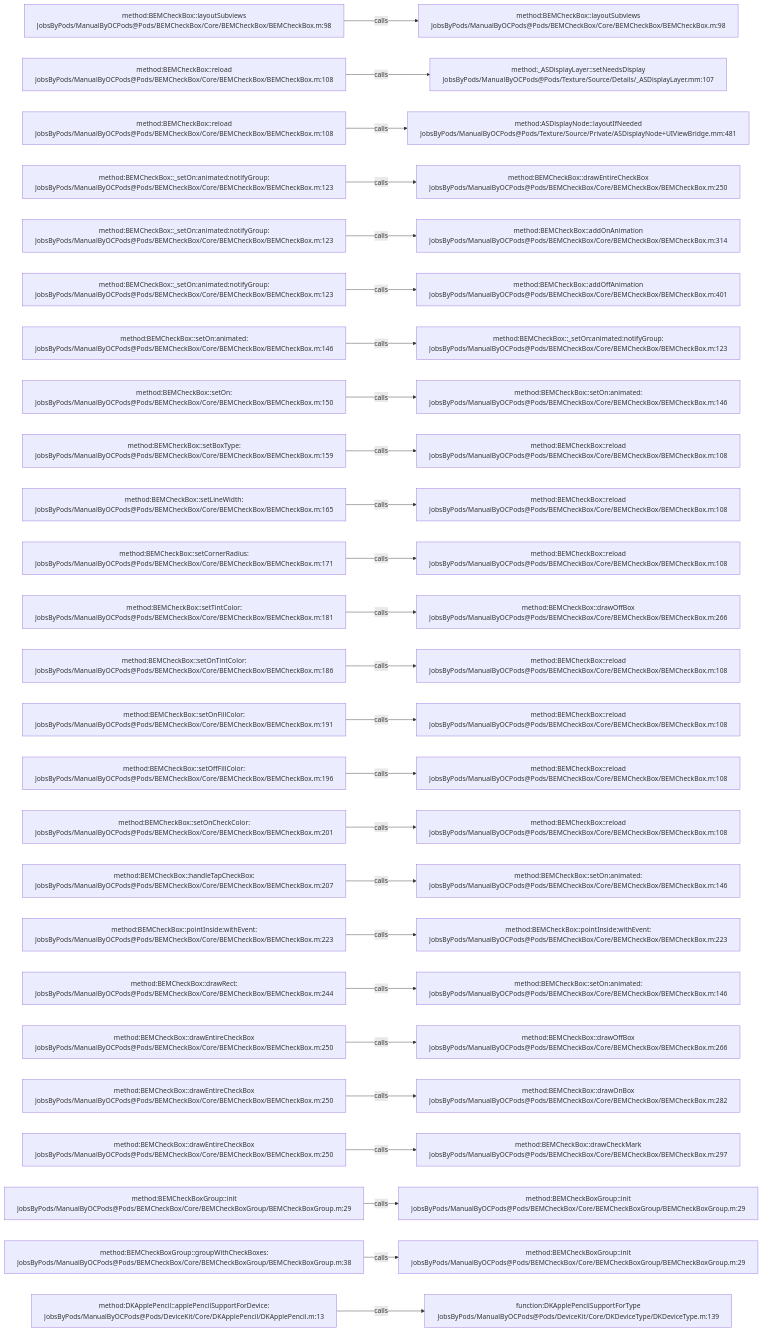
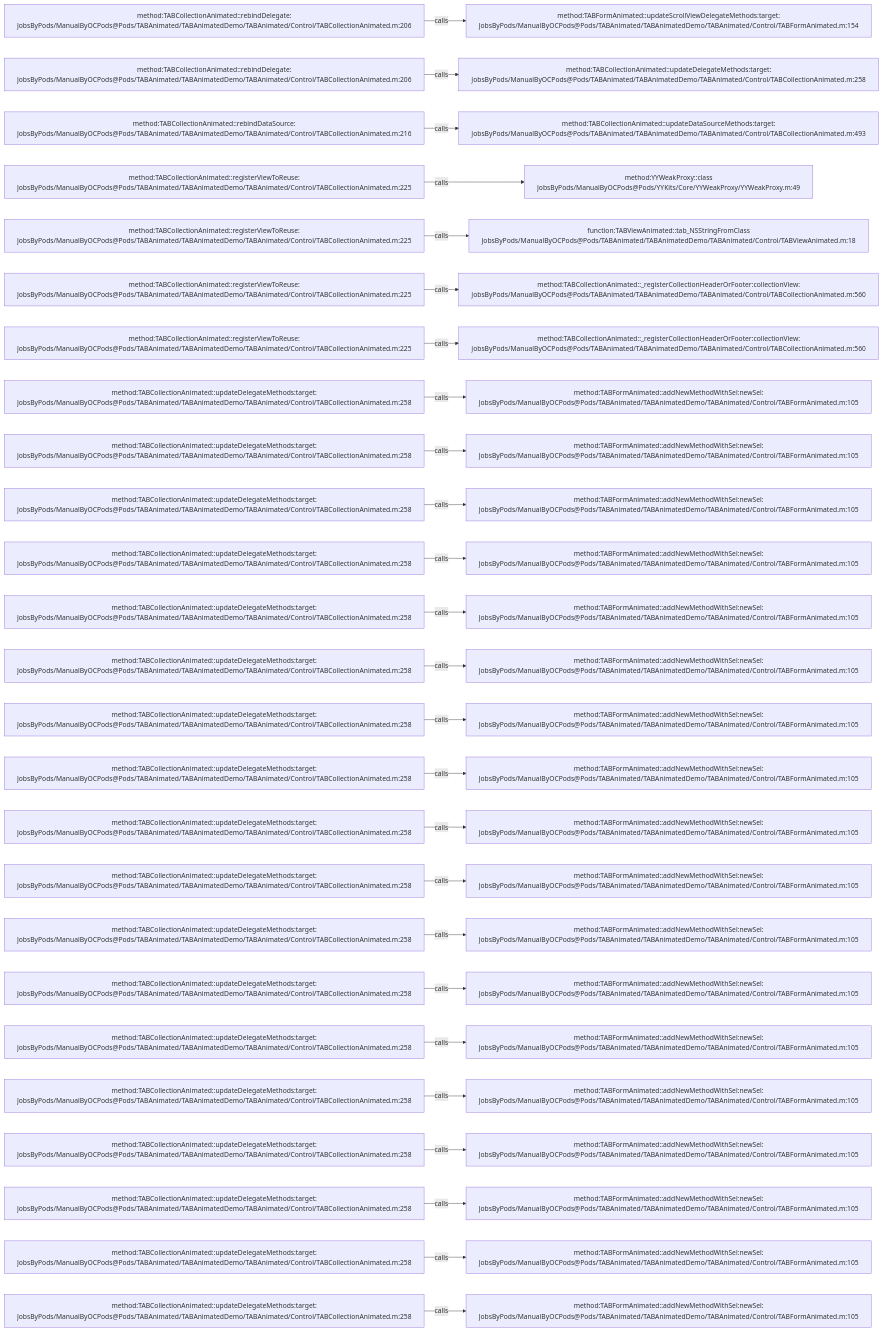
The diagram in .codegraph/codegraph.md/graphs/calls-014.md (JobsKits/JobsOCBaseConfigDemo), drawn with Mermaid before and after one commit. The commit also changed 1448 other files, not shown here.

````diff
--- a/.codegraph/codegraph.md/graphs/calls-014.md
+++ b/.codegraph/codegraph.md/graphs/calls-014.md
@@ -13,78 +13,78 @@
 ```mermaid
 flowchart LR
-  S1["method:BEMCheckBox::layoutSubviews<br/>JobsByPods/ManualByOCPods@Pods/BEMCheckBox/Core/BEMCheckBox/BEMCheckBox.m:98"]
-  T1["method:BEMCheckBox::layoutSubviews<br/>JobsByPods/ManualByOCPods@Pods/BEMCheckBox/Core/BEMCheckBox/BEMCheckBox.m:98"]
+  S1["method:TABCollectionAnimated::rebindDelegate:<br/>JobsByPods/ManualByOCPods@Pods/TABAnimated/TABAnimatedDemo/TABAnimated/Control/TABCollectionAnimated.m:206"]
+  T1["method:TABFormAnimated::updateScrollViewDelegateMethods:target:<br/>JobsByPods/ManualByOCPods@Pods/TABAnimated/TABAnimatedDemo/TABAnimated/Control/TABFormAnimated.m:154"]
   S1 -->|calls| T1
-  S2["method:BEMCheckBox::reload<br/>JobsByPods/ManualByOCPods@Pods/BEMCheckBox/Core/BEMCheckBox/BEMCheckBox.m:108"]
-  T2["method:_ASDisplayLayer::setNeedsDisplay<br/>JobsByPods/ManualByOCPods@Pods/Texture/Source/Details/_ASDisplayLayer.mm:107"]
+  S2["method:TABCollectionAnimated::rebindDelegate:<br/>JobsByPods/ManualByOCPods@Pods/TABAnimated/TABAnimatedDemo/TABAnimated/Control/TABCollectionAnimated.m:206"]
+  T2["method:TABCollectionAnimated::updateDelegateMethods:target:<br/>JobsByPods/ManualByOCPods@Pods/TABAnimated/TABAnimatedDemo/TABAnimated/Control/TABCollectionAnimated.m:258"]
   S2 -->|calls| T2
-  S3["method:BEMCheckBox::reload<br/>JobsByPods/ManualByOCPods@Pods/BEMCheckBox/Core/BEMCheckBox/BEMCheckBox.m:108"]
-  T3["method:ASDisplayNode::layoutIfNeeded<br/>JobsByPods/ManualByOCPods@Pods/Texture/Source/Private/ASDisplayNode+UIViewBridge.mm:481"]
+  S3["method:TABCollectionAnimated::rebindDataSource:<br/>JobsByPods/ManualByOCPods@Pods/TABAnimated/TABAnimatedDemo/TABAnimated/Control/TABCollectionAnimated.m:216"]
+  T3["method:TABCollectionAnimated::updateDataSourceMethods:target:<br/>JobsByPods/ManualByOCPods@Pods/TABAnimated/TABAnimatedDemo/TABAnimated/Control/TABCollectionAnimated.m:493"]
   S3 -->|calls| T3
-  S4["method:BEMCheckBox::_setOn:animated:notifyGroup:<br/>JobsByPods/ManualByOCPods@Pods/BEMCheckBox/Core/BEMCheckBox/BEMCheckBox.m:123"]
-  T4["method:BEMCheckBox::drawEntireCheckBox<br/>JobsByPods/ManualByOCPods@Pods/BEMCheckBox/Core/BEMCheckBox/BEMCheckBox.m:250"]
+  S4["method:TABCollectionAnimated::registerViewToReuse:<br/>JobsByPods/ManualByOCPods@Pods/TABAnimated/TABAnimatedDemo/TABAnimated/Control/TABCollectionAnimated.m:225"]
+  T4["method:YYWeakProxy::class<br/>JobsByPods/ManualByOCPods@Pods/YYKits/Core/YYWeakProxy/YYWeakProxy.m:49"]
   S4 -->|calls| T4
-  S5["method:BEMCheckBox::_setOn:animated:notifyGroup:<br/>JobsByPods/ManualByOCPods@Pods/BEMCheckBox/Core/BEMCheckBox/BEMCheckBox.m:123"]
-  T5["method:BEMCheckBox::addOnAnimation<br/>JobsByPods/ManualByOCPods@Pods/BEMCheckBox/Core/BEMCheckBox/BEMCheckBox.m:314"]
+  S5["method:TABCollectionAnimated::registerViewToReuse:<br/>JobsByPods/ManualByOCPods@Pods/TABAnimated/TABAnimatedDemo/TABAnimated/Control/TABCollectionAnimated.m:225"]
+  T5["function:TABViewAnimated::tab_NSStringFromClass<br/>JobsByPods/ManualByOCPods@Pods/TABAnimated/TABAnimatedDemo/TABAnimated/Control/TABViewAnimated.m:18"]
   S5 -->|calls| T5
-  S6["method:BEMCheckBox::_setOn:animated:notifyGroup:<br/>JobsByPods/ManualByOCPods@Pods/BEMCheckBox/Core/BEMCheckBox/BEMCheckBox.m:123"]
-  T6["method:BEMCheckBox::addOffAnimation<br/>JobsByPods/ManualByOCPods@Pods/BEMCheckBox/Core/BEMCheckBox/BEMCheckBox.m:401"]
+  S6["method:TABCollectionAnimated::registerViewToReuse:<br/>JobsByPods/ManualByOCPods@Pods/TABAnimated/TABAnimatedDemo/TABAnimated/Control/TABCollectionAnimated.m:225"]
+  T6["method:TABCollectionAnimated::_registerCollectionHeaderOrFooter:collectionView:<br/>JobsByPods/ManualByOCPods@Pods/TABAnimated/TABAnimatedDemo/TABAnimated/Control/TABCollectionAnimated.m:560"]
   S6 -->|calls| T6
-  S7["method:BEMCheckBox::setOn:animated:<br/>JobsByPods/ManualByOCPods@Pods/BEMCheckBox/Core/BEMCheckBox/BEMCheckBox.m:146"]
-  T7["method:BEMCheckBox::_setOn:animated:notifyGroup:<br/>JobsByPods/ManualByOCPods@Pods/BEMCheckBox/Core/BEMCheckBox/BEMCheckBox.m:123"]
+  S7["method:TABCollectionAnimated::registerViewToReuse:<br/>JobsByPods/ManualByOCPods@Pods/TABAnimated/TABAnimatedDemo/TABAnimated/Control/TABCollectionAnimated.m:225"]
+  T7["method:TABCollectionAnimated::_registerCollectionHeaderOrFooter:collectionView:<br/>JobsByPods/ManualByOCPods@Pods/TABAnimated/TABAnimatedDemo/TABAnimated/Control/TABCollectionAnimated.m:560"]
   S7 -->|calls| T7
-  S8["method:BEMCheckBox::setOn:<br/>JobsByPods/ManualByOCPods@Pods/BEMCheckBox/Core/BEMCheckBox/BEMCheckBox.m:150"]
-  T8["method:BEMCheckBox::setOn:animated:<br/>JobsByPods/ManualByOCPods@Pods/BEMCheckBox/Core/BEMCheckBox/BEMCheckBox.m:146"]
+  S8["method:TABCollectionAnimated::updateDelegateMethods:target:<br/>JobsByPods/ManualByOCPods@Pods/TABAnimated/TABAnimatedDemo/TABAnimated/Control/TABCollectionAnimated.m:258"]
+  T8["method:TABFormAnimated::addNewMethodWithSel:newSel:<br/>JobsByPods/ManualByOCPods@Pods/TABAnimated/TABAnimatedDemo/TABAnimated/Control/TABFormAnimated.m:105"]
   S8 -->|calls| T8
-  S9["method:BEMCheckBox::setBoxType:<br/>JobsByPods/ManualByOCPods@Pods/BEMCheckBox/Core/BEMCheckBox/BEMCheckBox.m:159"]
-  T9["method:BEMCheckBox::reload<br/>JobsByPods/ManualByOCPods@Pods/BEMCheckBox/Core/BEMCheckBox/BEMCheckBox.m:108"]
+  S9["method:TABCollectionAnimated::updateDelegateMethods:target:<br/>JobsByPods/ManualByOCPods@Pods/TABAnimated/TABAnimatedDemo/TABAnimated/Control/TABCollectionAnimated.m:258"]
+  T9["method:TABFormAnimated::addNewMethodWithSel:newSel:<br/>JobsByPods/ManualByOCPods@Pods/TABAnimated/TABAnimatedDemo/TABAnimated/Control/TABFormAnimated.m:105"]
   S9 -->|calls| T9
-  S10["method:BEMCheckBox::setLineWidth:<br/>JobsByPods/ManualByOCPods@Pods/BEMCheckBox/Core/BEMCheckBox/BEMCheckBox.m:165"]
-  T10["method:BEMCheckBox::reload<br/>JobsByPods/ManualByOCPods@Pods/BEMCheckBox/Core/BEMCheckBox/BEMCheckBox.m:108"]
+  S10["method:TABCollectionAnimated::updateDelegateMethods:target:<br/>JobsByPods/ManualByOCPods@Pods/TABAnimated/TABAnimatedDemo/TABAnimated/Control/TABCollectionAnimated.m:258"]
+  T10["method:TABFormAnimated::addNewMethodWithSel:newSel:<br/>JobsByPods/ManualByOCPods@Pods/TABAnimated/TABAnimatedDemo/TABAnimated/Control/TABFormAnimated.m:105"]
   S10 -->|calls| T10
-  S11["method:BEMCheckBox::setCornerRadius:<br/>JobsByPods/ManualByOCPods@Pods/BEMCheckBox/Core/BEMCheckBox/BEMCheckBox.m:171"]
-  T11["method:BEMCheckBox::reload<br/>JobsByPods/ManualByOCPods@Pods/BEMCheckBox/Core/BEMCheckBox/BEMCheckBox.m:108"]
+  S11["method:TABCollectionAnimated::updateDelegateMethods:target:<br/>JobsByPods/ManualByOCPods@Pods/TABAnimated/TABAnimatedDemo/TABAnimated/Control/TABCollectionAnimated.m:258"]
+  T11["method:TABFormAnimated::addNewMethodWithSel:newSel:<br/>JobsByPods/ManualByOCPods@Pods/TABAnimated/TABAnimatedDemo/TABAnimated/Control/TABFormAnimated.m:105"]
   S11 -->|calls| T11
-  S12["method:BEMCheckBox::setTintColor:<br/>JobsByPods/ManualByOCPods@Pods/BEMCheckBox/Core/BEMCheckBox/BEMCheckBox.m:181"]
-  T12["method:BEMCheckBox::drawOffBox<br/>JobsByPods/ManualByOCPods@Pods/BEMCheckBox/Core/BEMCheckBox/BEMCheckBox.m:266"]
+  S12["method:TABCollectionAnimated::updateDelegateMethods:target:<br/>JobsByPods/ManualByOCPods@Pods/TABAnimated/TABAnimatedDemo/TABAnimated/Control/TABCollectionAnimated.m:258"]
+  T12["method:TABFormAnimated::addNewMethodWithSel:newSel:<br/>JobsByPods/ManualByOCPods@Pods/TABAnimated/TABAnimatedDemo/TABAnimated/Control/TABFormAnimated.m:105"]
   S12 -->|calls| T12
-  S13["method:BEMCheckBox::setOnTintColor:<br/>JobsByPods/ManualByOCPods@Pods/BEMCheckBox/Core/BEMCheckBox/BEMCheckBox.m:186"]
-  T13["method:BEMCheckBox::reload<br/>JobsByPods/ManualByOCPods@Pods/BEMCheckBox/Core/BEMCheckBox/BEMCheckBox.m:108"]
+  S13["method:TABCollectionAnimated::updateDelegateMethods:target:<br/>JobsByPods/ManualByOCPods@Pods/TABAnimated/TABAnimatedDemo/TABAnimated/Control/TABCollectionAnimated.m:258"]
+  T13["method:TABFormAnimated::addNewMethodWithSel:newSel:<br/>JobsByPods/ManualByOCPods@Pods/TABAnimated/TABAnimatedDemo/TABAnimated/Control/TABFormAnimated.m:105"]
   S13 -->|calls| T13
-  S14["method:BEMCheckBox::setOnFillColor:<br/>JobsByPods/ManualByOCPods@Pods/BEMCheckBox/Core/BEMCheckBox/BEMCheckBox.m:191"]
-  T14["method:BEMCheckBox::reload<br/>JobsByPods/ManualByOCPods@Pods/BEMCheckBox/Core/BEMCheckBox/BEMCheckBox.m:108"]
+  S14["method:TABCollectionAnimated::updateDelegateMethods:target:<br/>JobsByPods/ManualByOCPods@Pods/TABAnimated/TABAnimatedDemo/TABAnimated/Control/TABCollectionAnimated.m:258"]
+  T14["method:TABFormAnimated::addNewMethodWithSel:newSel:<br/>JobsByPods/ManualByOCPods@Pods/TABAnimated/TABAnimatedDemo/TABAnimated/Control/TABFormAnimated.m:105"]
   S14 -->|calls| T14
-  S15["method:BEMCheckBox::setOffFillColor:<br/>JobsByPods/ManualByOCPods@Pods/BEMCheckBox/Core/BEMCheckBox/BEMCheckBox.m:196"]
-  T15["method:BEMCheckBox::reload<br/>JobsByPods/ManualByOCPods@Pods/BEMCheckBox/Core/BEMCheckBox/BEMCheckBox.m:108"]
+  S15["method:TABCollectionAnimated::updateDelegateMethods:target:<br/>JobsByPods/ManualByOCPods@Pods/TABAnimated/TABAnimatedDemo/TABAnimated/Control/TABCollectionAnimated.m:258"]
+  T15["method:TABFormAnimated::addNewMethodWithSel:newSel:<br/>JobsByPods/ManualByOCPods@Pods/TABAnimated/TABAnimatedDemo/TABAnimated/Control/TABFormAnimated.m:105"]
   S15 -->|calls| T15
-  S16["method:BEMCheckBox::setOnCheckColor:<br/>JobsByPods/ManualByOCPods@Pods/BEMCheckBox/Core/BEMCheckBox/BEMCheckBox.m:201"]
-  T16["method:BEMCheckBox::reload<br/>JobsByPods/ManualByOCPods@Pods/BEMCheckBox/Core/BEMCheckBox/BEMCheckBox.m:108"]
+  S16["method:TABCollectionAnimated::updateDelegateMethods:target:<br/>JobsByPods/ManualByOCPods@Pods/TABAnimated/TABAnimatedDemo/TABAnimated/Control/TABCollectionAnimated.m:258"]
+  T16["method:TABFormAnimated::addNewMethodWithSel:newSel:<br/>JobsByPods/ManualByOCPods@Pods/TABAnimated/TABAnimatedDemo/TABAnimated/Control/TABFormAnimated.m:105"]
   S16 -->|calls| T16
-  S17["method:BEMCheckBox::handleTapCheckBox:<br/>JobsByPods/ManualByOCPods@Pods/BEMCheckBox/Core/BEMCheckBox/BEMCheckBox.m:207"]
-  T17["method:BEMCheckBox::setOn:animated:<br/>JobsByPods/ManualByOCPods@Pods/BEMCheckBox/Core/BEMCheckBox/BEMCheckBox.m:146"]
+  S17["method:TABCollectionAnimated::updateDelegateMethods:target:<br/>JobsByPods/ManualByOCPods@Pods/TABAnimated/TABAnimatedDemo/TABAnimated/Control/TABCollectionAnimated.m:258"]
+  T17["method:TABFormAnimated::addNewMethodWithSel:newSel:<br/>JobsByPods/ManualByOCPods@Pods/TABAnimated/TABAnimatedDemo/TABAnimated/Control/TABFormAnimated.m:105"]
   S17 -->|calls| T17
-  S18["method:BEMCheckBox::pointInside:withEvent:<br/>JobsByPods/ManualByOCPods@Pods/BEMCheckBox/Core/BEMCheckBox/BEMCheckBox.m:223"]
-  T18["method:BEMCheckBox::pointInside:withEvent:<br/>JobsByPods/ManualByOCPods@Pods/BEMCheckBox/Core/BEMCheckBox/BEMCheckBox.m:223"]
+  S18["method:TABCollectionAnimated::updateDelegateMethods:target:<br/>JobsByPods/ManualByOCPods@Pods/TABAnimated/TABAnimatedDemo/TABAnimated/Control/TABCollectionAnimated.m:258"]
+  T18["method:TABFormAnimated::addNewMethodWithSel:newSel:<br/>JobsByPods/ManualByOCPods@Pods/TABAnimated/TABAnimatedDemo/TABAnimated/Control/TABFormAnimated.m:105"]
   S18 -->|calls| T18
-  S19["method:BEMCheckBox::drawRect:<br/>JobsByPods/ManualByOCPods@Pods/BEMCheckBox/Core/BEMCheckBox/BEMCheckBox.m:244"]
-  T19["method:BEMCheckBox::setOn:animated:<br/>JobsByPods/ManualByOCPods@Pods/BEMCheckBox/Core/BEMCheckBox/BEMCheckBox.m:146"]
+  S19["method:TABCollectionAnimated::updateDelegateMethods:target:<br/>JobsByPods/ManualByOCPods@Pods/TABAnimated/TABAnimatedDemo/TABAnimated/Control/TABCollectionAnimated.m:258"]
+  T19["method:TABFormAnimated::addNewMethodWithSel:newSel:<br/>JobsByPods/ManualByOCPods@Pods/TABAnimated/TABAnimatedDemo/TABAnimated/Control/TABFormAnimated.m:105"]
   S19 -->|calls| T19
-  S20["method:BEMCheckBox::drawEntireCheckBox<br/>JobsByPods/ManualByOCPods@Pods/BEMCheckBox/Core/BEMCheckBox/BEMCheckBox.m:250"]
-  T20["method:BEMCheckBox::drawOffBox<br/>JobsByPods/ManualByOCPods@Pods/BEMCheckBox/Core/BEMCheckBox/BEMCheckBox.m:266"]
+  S20["method:TABCollectionAnimated::updateDelegateMethods:target:<br/>JobsByPods/ManualByOCPods@Pods/TABAnimated/TABAnimatedDemo/TABAnimated/Control/TABCollectionAnimated.m:258"]
+  T20["method:TABFormAnimated::addNewMethodWithSel:newSel:<br/>JobsByPods/ManualByOCPods@Pods/TABAnimated/TABAnimatedDemo/TABAnimated/Control/TABFormAnimated.m:105"]
   S20 -->|calls| T20
-  S21["method:BEMCheckBox::drawEntireCheckBox<br/>JobsByPods/ManualByOCPods@Pods/BEMCheckBox/Core/BEMCheckBox/BEMCheckBox.m:250"]
-  T21["method:BEMCheckBox::drawOnBox<br/>JobsByPods/ManualByOCPods@Pods/BEMCheckBox/Core/BEMCheckBox/BEMCheckBox.m:282"]
+  S21["method:TABCollectionAnimated::updateDelegateMethods:target:<br/>JobsByPods/ManualByOCPods@Pods/TABAnimated/TABAnimatedDemo/TABAnimated/Control/TABCollectionAnimated.m:258"]
+  T21["method:TABFormAnimated::addNewMethodWithSel:newSel:<br/>JobsByPods/ManualByOCPods@Pods/TABAnimated/TABAnimatedDemo/TABAnimated/Control/TABFormAnimated.m:105"]
   S21 -->|calls| T21
-  S22["method:BEMCheckBox::drawEntireCheckBox<br/>JobsByPods/ManualByOCPods@Pods/BEMCheckBox/Core/BEMCheckBox/BEMCheckBox.m:250"]
-  T22["method:BEMCheckBox::drawCheckMark<br/>JobsByPods/ManualByOCPods@Pods/BEMCheckBox/Core/BEMCheckBox/BEMCheckBox.m:297"]
+  S22["method:TABCollectionAnimated::updateDelegateMethods:target:<br/>JobsByPods/ManualByOCPods@Pods/TABAnimated/TABAnimatedDemo/TABAnimated/Control/TABCollectionAnimated.m:258"]
+  T22["method:TABFormAnimated::addNewMethodWithSel:newSel:<br/>JobsByPods/ManualByOCPods@Pods/TABAnimated/TABAnimatedDemo/TABAnimated/Control/TABFormAnimated.m:105"]
   S22 -->|calls| T22
-  S23["method:BEMCheckBoxGroup::init<br/>JobsByPods/ManualByOCPods@Pods/BEMCheckBox/Core/BEMCheckBoxGroup/BEMCheckBoxGroup.m:29"]
-  T23["method:BEMCheckBoxGroup::init<br/>JobsByPods/ManualByOCPods@Pods/BEMCheckBox/Core/BEMCheckBoxGroup/BEMCheckBoxGroup.m:29"]
+  S23["method:TABCollectionAnimated::updateDelegateMethods:target:<br/>JobsByPods/ManualByOCPods@Pods/TABAnimated/TABAnimatedDemo/TABAnimated/Control/TABCollectionAnimated.m:258"]
+  T23["method:TABFormAnimated::addNewMethodWithSel:newSel:<br/>JobsByPods/ManualByOCPods@Pods/TABAnimated/TABAnimatedDemo/TABAnimated/Control/TABFormAnimated.m:105"]
   S23 -->|calls| T23
-  S24["method:BEMCheckBoxGroup::groupWithCheckBoxes:<br/>JobsByPods/ManualByOCPods@Pods/BEMCheckBox/Core/BEMCheckBoxGroup/BEMCheckBoxGroup.m:38"]
-  T24["method:BEMCheckBoxGroup::init<br/>JobsByPods/ManualByOCPods@Pods/BEMCheckBox/Core/BEMCheckBoxGroup/BEMCheckBoxGroup.m:29"]
+  S24["method:TABCollectionAnimated::updateDelegateMethods:target:<br/>JobsByPods/ManualByOCPods@Pods/TABAnimated/TABAnimatedDemo/TABAnimated/Control/TABCollectionAnimated.m:258"]
+  T24["method:TABFormAnimated::addNewMethodWithSel:newSel:<br/>JobsByPods/ManualByOCPods@Pods/TABAnimated/TABAnimatedDemo/TABAnimated/Control/TABFormAnimated.m:105"]
   S24 -->|calls| T24
-  S25["method:DKApplePencil::applePencilSupportForDevice:<br/>JobsByPods/ManualByOCPods@Pods/DeviceKit/Core/DKApplePencil/DKApplePencil.m:13"]
-  T25["function:DKApplePencilSupportForType<br/>JobsByPods/ManualByOCPods@Pods/DeviceKit/Core/DKDeviceType/DKDeviceType.m:139"]
+  S25["method:TABCollectionAnimated::updateDelegateMethods:target:<br/>JobsByPods/ManualByOCPods@Pods/TABAnimated/TABAnimatedDemo/TABAnimated/Control/TABCollectionAnimated.m:258"]
+  T25["method:TABFormAnimated::addNewMethodWithSel:newSel:<br/>JobsByPods/ManualByOCPods@Pods/TABAnimated/TABAnimatedDemo/TABAnimated/Control/TABFormAnimated.m:105"]
   S25 -->|calls| T25
 ```
````
